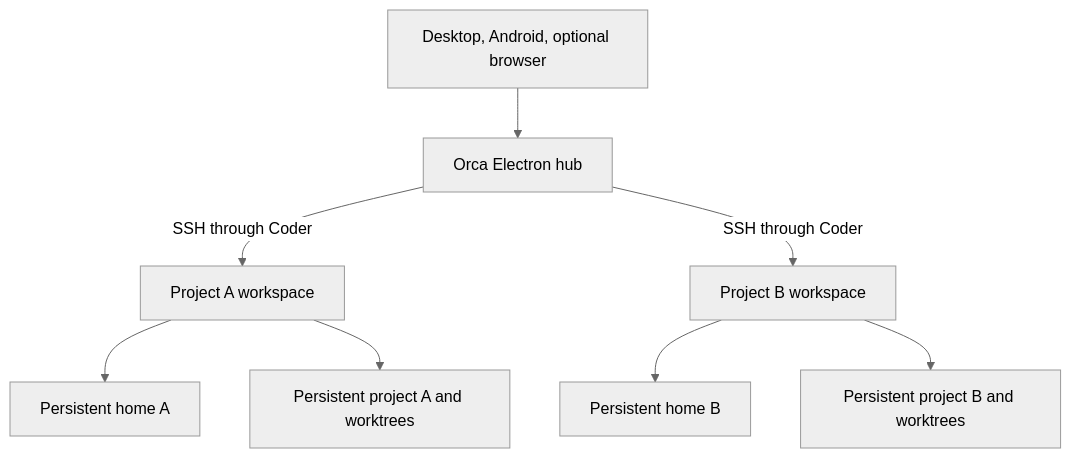
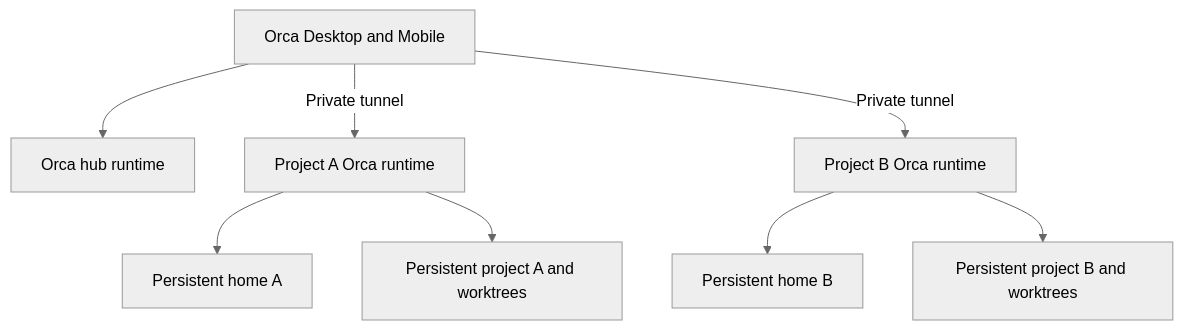
Before and after one commit to alecsg77/elysium: the diagram in docs/runbooks/orca-pilot.md, drawn with Mermaid (neutral theme). The commit also changed other lines of this file and 9 other files, not shown here.

First line of the commit message:
Run official Orca Server packages without web clients (#337)

````diff
--- a/docs/runbooks/orca-pilot.md
+++ b/docs/runbooks/orca-pilot.md
@@ -18,10 +18,10 @@
 ```mermaid
 flowchart TD
-  Clients[Desktop, Android, optional browser] --> Hub[Orca Electron hub]
-  Hub -->|SSH through Coder| A[Project A workspace]
-  Hub -->|SSH through Coder| B[Project B workspace]
+  Clients[Orca Desktop and Mobile] --> Hub[Orca hub runtime]
+  Clients -->|Private tunnel| A[Project A Orca runtime]
+  Clients -->|Private tunnel| B[Project B Orca runtime]
   A --> AH[Persistent home A]
   A --> AR[Persistent project A and worktrees]
   B --> BH[Persistent home B]
   B --> BR[Persistent project B and worktrees]
 ```
````
